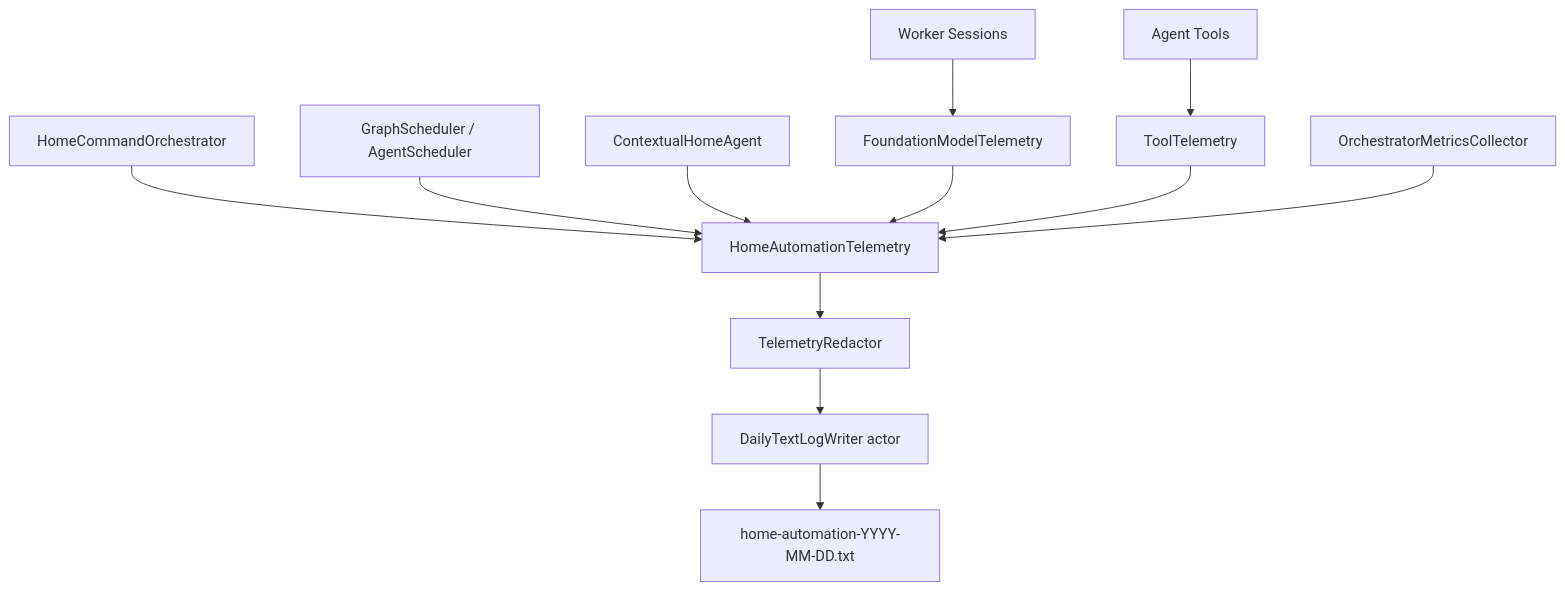
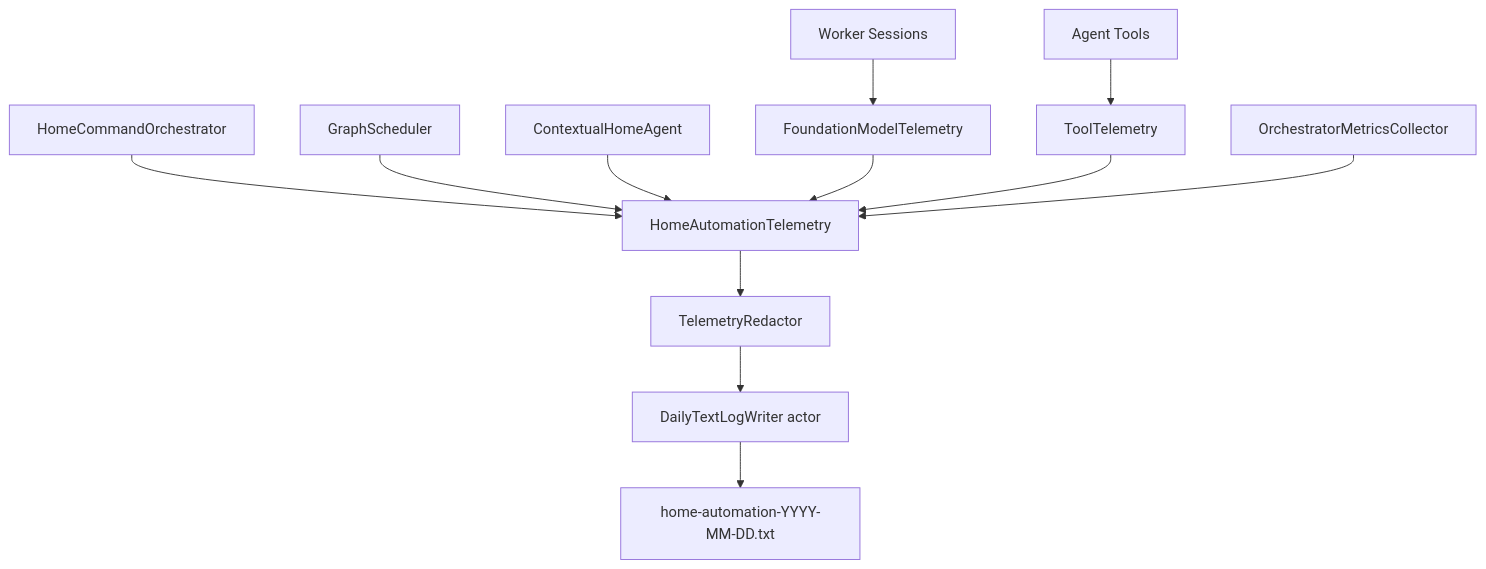
Before and after one commit to ksypinro/HomeAutomation: the diagram in LoggingMonitoringArchitecturePlan.md, drawn with Mermaid. The commit also changed other lines of this file and 144 other files, not shown here.

````diff
--- a/LoggingMonitoringArchitecturePlan.md
+++ b/LoggingMonitoringArchitecturePlan.md
@@ -44,14 +44,14 @@
 ```mermaid
 flowchart TD
     Orchestrator["HomeCommandOrchestrator"] --> Telemetry["HomeAutomationTelemetry"]
-    Scheduler["GraphScheduler / AgentScheduler"] --> Telemetry
+    Scheduler["GraphScheduler"] --> Telemetry
     Adapter["ContextualHomeAgent"] --> Telemetry
     Workers["Worker Sessions"] --> ModelTelemetry["FoundationModelTelemetry"]
     Tools["Agent Tools"] --> ToolTelemetry["ToolTelemetry"]
     ModelTelemetry --> Telemetry
     ToolTelemetry --> Telemetry
     Telemetry --> Redactor["TelemetryRedactor"]
     Redactor --> Writer["DailyTextLogWriter actor"]
     Writer --> File["home-automation-YYYY-MM-DD.txt"]
     Metrics["OrchestratorMetricsCollector"] --> Telemetry
 ```
````
